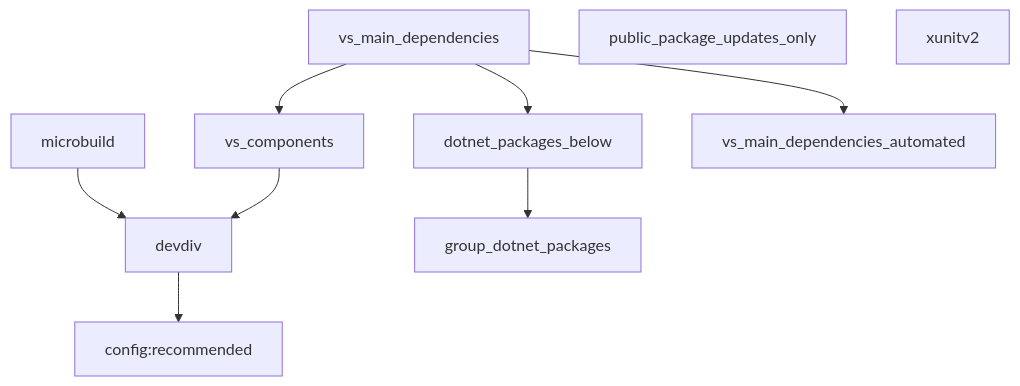
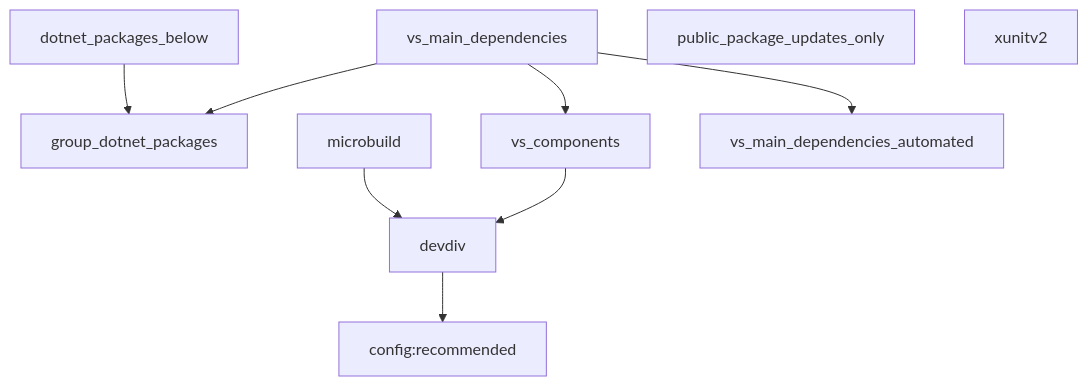
Before and after one commit to microsoft/vs-renovate-presets: the diagram in README.md, drawn with Mermaid. The commit also changed 2 other files, not shown here.

Commit message:
Split out .NET constraining limitations now that we have in-proc .NET package handling

````diff
--- a/README.md
+++ b/README.md
@@ -10,12 +10,12 @@
 ```mermaid
 flowchart TD
     devdiv --> configRecommended["config:recommended"]
     dotnet_packages_below --> group_dotnet_packages
     microbuild --> devdiv
     vs_components --> devdiv
     vs_main_dependencies --> vs_components
-    vs_main_dependencies --> dotnet_packages_below
+    vs_main_dependencies --> group_dotnet_packages
     vs_main_dependencies --> vs_main_dependencies_automated
     public_package_updates_only
     xunitv2
 ```
````
